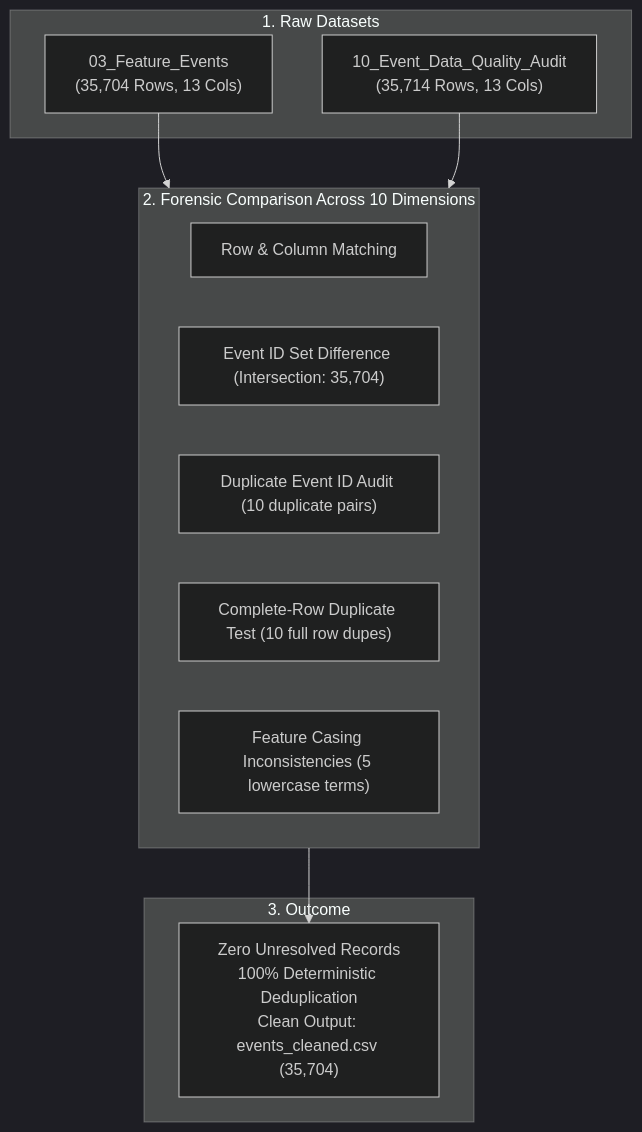
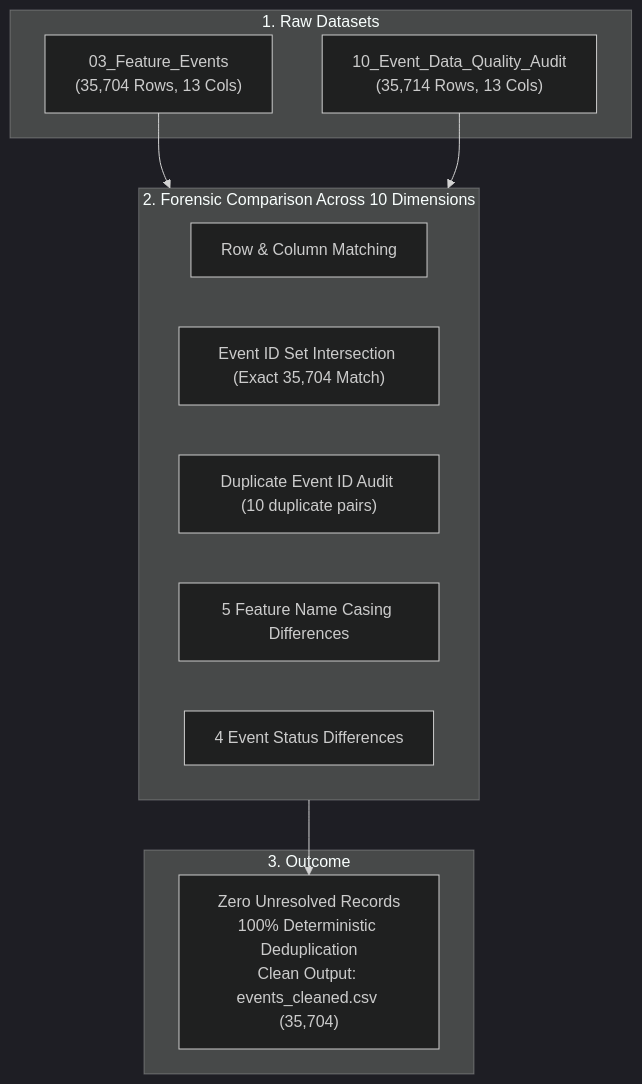
The diagram in 04_deliverables/deliverable_13_data_quality_audit/Event_Discrepancy_Forensic_Audit.md (R-ABIDA/VeLoop-Rewards-Product-Analytics), drawn with Mermaid (dark theme) before and after one commit. The commit also changed other lines of this file and 30 other files, not shown here.

Commit message:
feat: complete final supervisor corrections - actual PostgreSQL CSV ingestion, proper accounting integrity tests (40/40 pass), 7 consolidated dashboard sections, event discrepancy audit, relative links, track 06 and 08 directories

````diff
--- a/04_deliverables/deliverable_13_data_quality_audit/Event_Discrepancy_Forensic_Audit.md
+++ b/04_deliverables/deliverable_13_data_quality_audit/Event_Discrepancy_Forensic_Audit.md
@@ -18,20 +18,20 @@
 ```mermaid
 flowchart TD
     subgraph S1["1. Raw Datasets"]
         E["03_Feature_Events\n(35,704 Rows, 13 Cols)"]
         A["10_Event_Data_Quality_Audit\n(35,714 Rows, 13 Cols)"]
     end
     subgraph S2["2. Forensic Comparison Across 10 Dimensions"]
         D1["Row & Column Matching"]
-        D2["Event ID Set Difference (Intersection: 35,704)"]
+        D2["Event ID Set Intersection (Exact 35,704 Match)"]
         D3["Duplicate Event ID Audit (10 duplicate pairs)"]
-        D4["Complete-Row Duplicate Test (10 full row dupes)"]
-        D5["Feature Casing Inconsistencies (5 lowercase terms)"]
+        D4["5 Feature Name Casing Differences"]
+        D5["4 Event Status Differences"]
     end
     subgraph S3["3. Outcome"]
         O["Zero Unresolved Records\n100% Deterministic Deduplication\nClean Output: events_cleaned.csv (35,704)"]
     end
     E --> S2
     A --> S2
     S2 --> O
 ```
````
